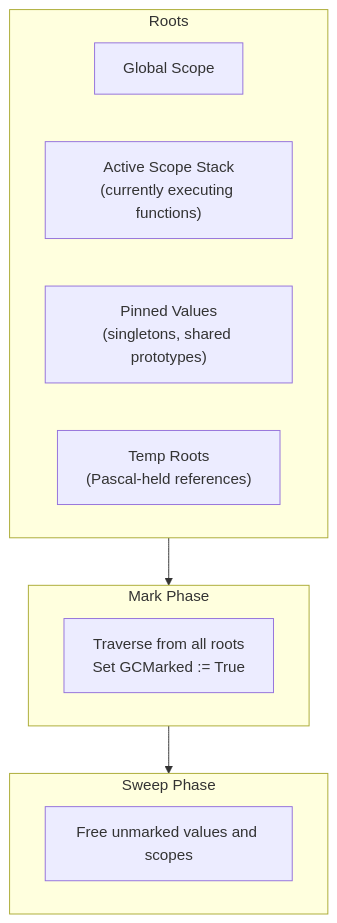
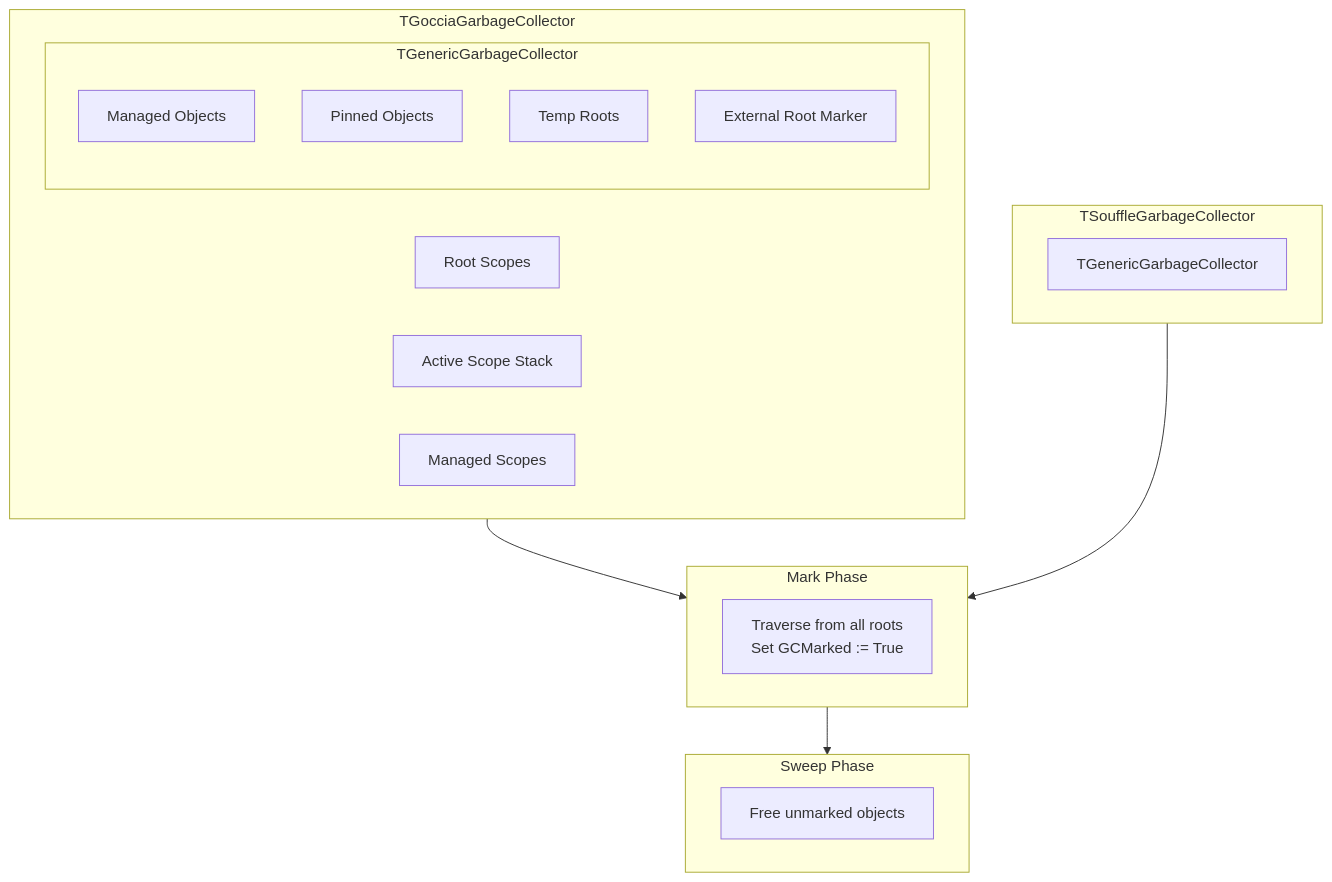
Before and after one commit to frostney/GocciaScript: the fifth of 5 diagrams in docs/architecture.md, drawn with Mermaid. The commit also changed other lines of this file and 1 other file, not shown here.

Commit message:
Update documentation for generic GC architecture
- AGENTS.md: update component table with new GC units, update GC
  awareness section and design patterns
- docs/architecture.md: rewrite Memory Management section with generic
  GC hierarchy diagram and unit table

````diff
--- a/docs/architecture.md
+++ b/docs/architecture.md
@@ -354,16 +365,26 @@
 ```mermaid
 flowchart TD
-    subgraph Roots
-        Global["Global Scope"]
-        Active["Active Scope Stack\n(currently executing functions)"]
-        Pinned["Pinned Values\n(singletons, shared prototypes)"]
-        Temp["Temp Roots\n(Pascal-held references)"]
+    subgraph GenericGC["TGenericGarbageCollector"]
+        ManagedObjects["Managed Objects"]
+        PinnedObjects["Pinned Objects"]
+        TempRoots["Temp Roots"]
+        ExternalMarker["External Root Marker"]
+    end
+    subgraph GocciaGC["TGocciaGarbageCollector"]
+        GenericGC
+        RootScopes["Root Scopes"]
+        ActiveStack["Active Scope Stack"]
+        ManagedScopes["Managed Scopes"]
+    end
+    subgraph SouffleGC["TSouffleGarbageCollector"]
+        GenericGC2["TGenericGarbageCollector"]
     end
     subgraph Mark["Mark Phase"]
         Traverse["Traverse from all roots\nSet GCMarked := True"]
     end
     subgraph Sweep["Sweep Phase"]
-        Free["Free unmarked values and scopes"]
+        Free["Free unmarked objects"]
     end
-    Roots --> Mark --> Sweep
+    GocciaGC --> Mark --> Sweep
+    SouffleGC --> Mark
 ```
````
